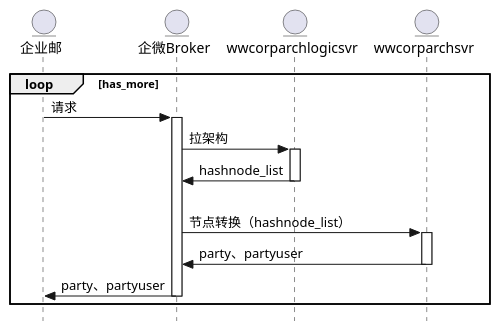
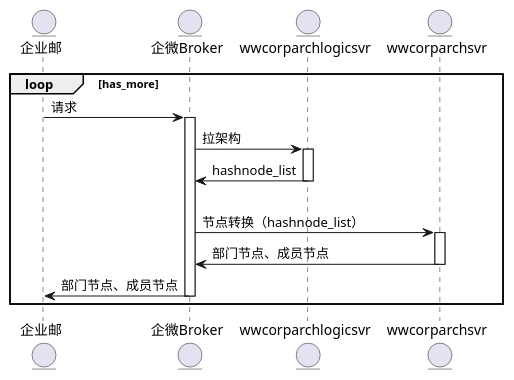
Before and after one commit to ryanmoon-s/LearnProjects: the diagram in plantuml/test.wsd, drawn with PlantUML.

```diff
--- a/plantuml/test.wsd
+++ b/plantuml/test.wsd
@@ -1,25 +1,23 @@
 @startuml test
 ' title 企业邮拉架构
-
-skinparam style strictuml
 
 loop has_more
     entity 企业邮 as Eqymail
     entity 企微Broker as Ebroker
     entity wwcorparchlogicsvr as Egetarch
     entity wwcorparchsvr as Echangenode
 
     Eqymail -> Ebroker ++: 请求
 
     Ebroker -> Egetarch ++: 拉架构
     Ebroker <- Egetarch --: hashnode_list
 
     ||20||
 
     Ebroker -> Echangenode ++: 节点转换（hashnode_list）
-    Ebroker <- Echangenode --: party、partyuser
+    Ebroker <- Echangenode --: 部门节点、成员节点
 
-    Eqymail <- Ebroker --: party、partyuser
+    Eqymail <- Ebroker --: 部门节点、成员节点
 end
 
 @enduml
```
